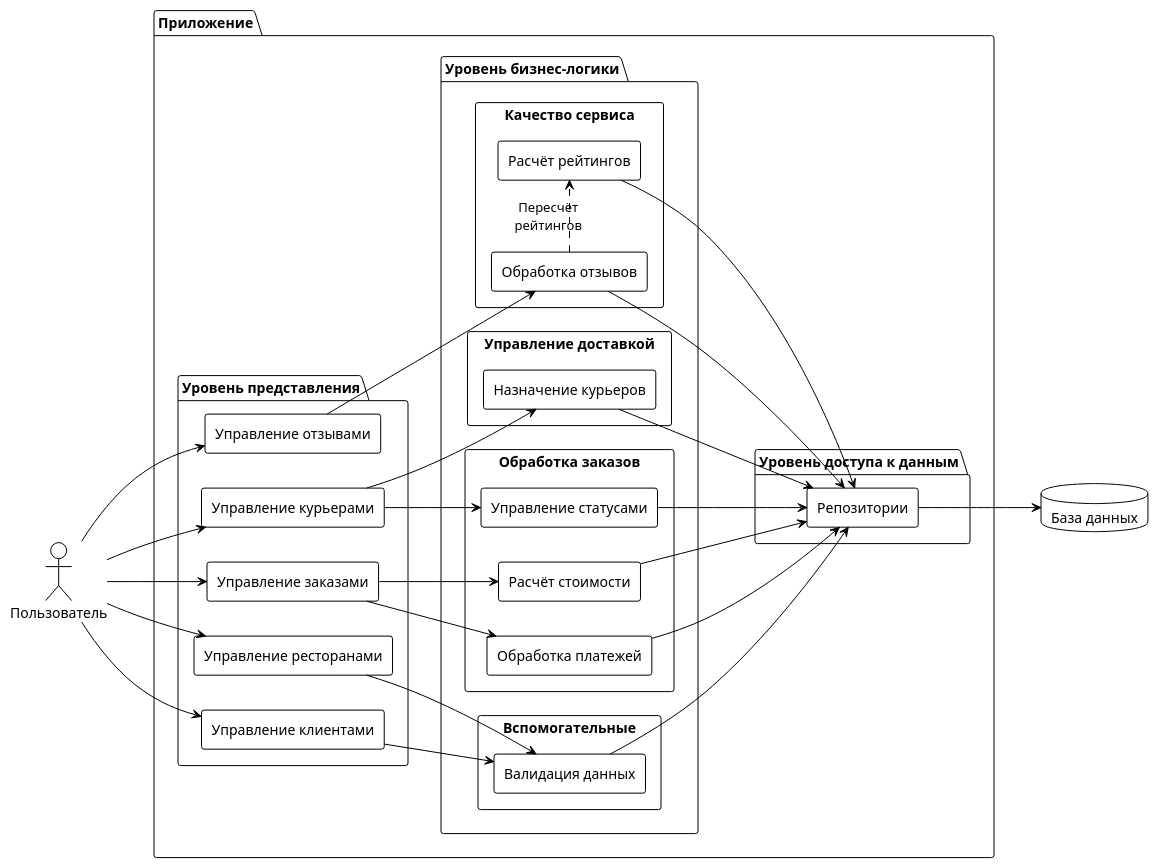
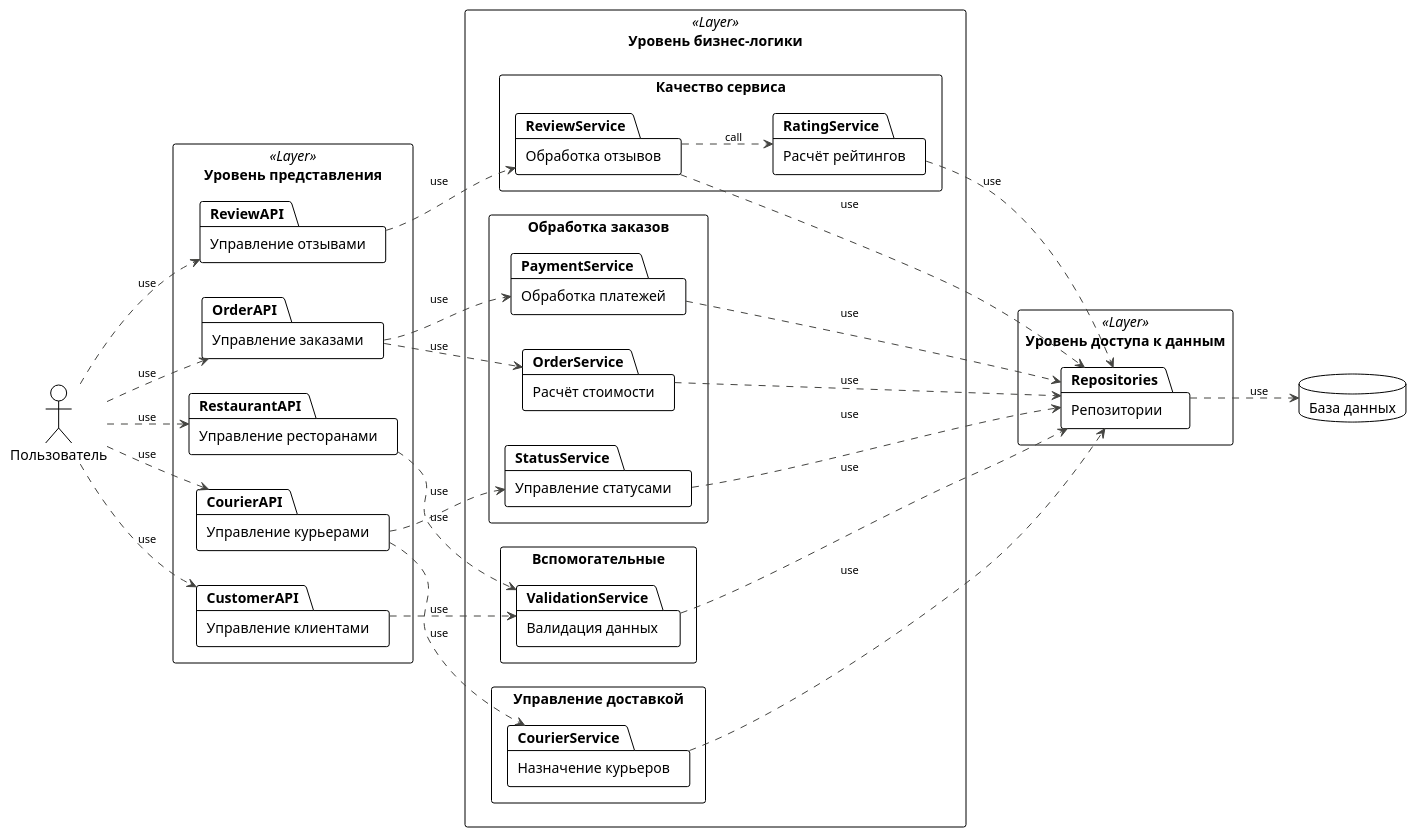
One commit to danilinkp/databases_course_work changed the diagram in docs/diagrams/components.puml. Above: the diagram before and after it, drawn with PlantUML. The commit also changed 39 other files, not shown here.

```diff
--- a/docs/diagrams/components.puml
+++ b/docs/diagrams/components.puml
@@ -1,74 +1,70 @@
 @startuml
 !theme plain
-skinparam componentStyle rectangle
 skinparam backgroundColor white
 skinparam shadowing false
+skinparam packageStyle rectangle
+skinparam ArrowColor #444441
+skinparam ArrowFontSize 11
+
 left to right direction
+
 actor "Пользователь" as User
 
-package "Приложение" {
-    
-    package "Уровень представления" {
-        [Управление клиентами] as CustomerAPI
-        [Управление заказами] as OrderAPI
-        [Управление ресторанами] as RestaurantAPI
-        [Управление курьерами] as CourierAPI
-        [Управление отзывами] as ReviewAPI
+package "Уровень представления" <<Layer>> {
+    package "Управление клиентами" as CustomerAPI
+    package "Управление заказами" as OrderAPI
+    package "Управление ресторанами" as RestaurantAPI
+    package "Управление курьерами" as CourierAPI
+    package "Управление отзывами" as ReviewAPI
+}
+
+package "Уровень бизнес-логики" <<Layer>> {
+    package "Обработка заказов" {
+        package "Расчёт стоимости" as OrderService
+        package "Обработка платежей" as PaymentService
+        package "Управление статусами" as StatusService
     }
-    
-    package "Уровень бизнес-логики" {
-        
-        rectangle "Обработка заказов" {
-            [Расчёт стоимости] as OrderService
-            [Обработка платежей] as PaymentService
-            [Управление статусами] as StatusService
-        }
-        
-        rectangle "Управление доставкой" {
-            [Назначение курьеров] as CourierService
-        }
-        
-        rectangle "Качество сервиса" {
-            [Обработка отзывов] as ReviewService
-            [Расчёт рейтингов] as RatingService
-        }
-        
-        rectangle "Вспомогательные" {
-            [Валидация данных] as ValidationService
-        }
+    package "Управление доставкой" {
+        package "Назначение курьеров" as CourierService
     }
-    
-    package "Уровень доступа к данным" {
-        [Репозитории] as Repositories
+    package "Качество сервиса" {
+        package "Обработка отзывов" as ReviewService
+        package "Расчёт рейтингов" as RatingService
     }
+    package "Вспомогательные" {
+        package "Валидация данных" as ValidationService
+    }
+}
+
+package "Уровень доступа к данным" <<Layer>> {
+    package "Репозитории" as Repositories
 }
 
 database "База данных" as DB
 
-User --> CustomerAPI
-User --> OrderAPI
-User --> RestaurantAPI
-User --> CourierAPI
-User --> ReviewAPI
+User ..> CustomerAPI   : use
+User ..> OrderAPI      : use
+User ..> RestaurantAPI : use
+User ..> CourierAPI    : use
+User ..> ReviewAPI     : use
 
-CustomerAPI --> ValidationService
-OrderAPI --> OrderService
-OrderAPI --> PaymentService
-RestaurantAPI --> ValidationService
-CourierAPI --> CourierService
-CourierAPI --> StatusService
-ReviewAPI --> ReviewService
+CustomerAPI   ..> ValidationService : use
+OrderAPI      ..> OrderService      : use
+OrderAPI      ..> PaymentService    : use
+RestaurantAPI ..> ValidationService : use
+CourierAPI    ..> CourierService    : use
+CourierAPI    ..> StatusService     : use
+ReviewAPI     ..> ReviewService     : use
 
-ReviewService .right.> RatingService : "Пересчёт\nрейтингов"
+ReviewService ..> RatingService : call
 
-OrderService --> Repositories
-PaymentService --> Repositories
-CourierService --> Repositories
-ValidationService --> Repositories
-StatusService --> Repositories
-ReviewService --> Repositories
-RatingService --> Repositories
+OrderService      ..> Repositories : use
+PaymentService    ..> Repositories : use
+CourierService    ..> Repositories : use
+ValidationService ..> Repositories : use
+StatusService     ..> Repositories : use
+ReviewService     ..> Repositories : use
+RatingService     ..> Repositories : use
 
-Repositories --> DB
-
+Repositories ..> DB : use
 @enduml
```
